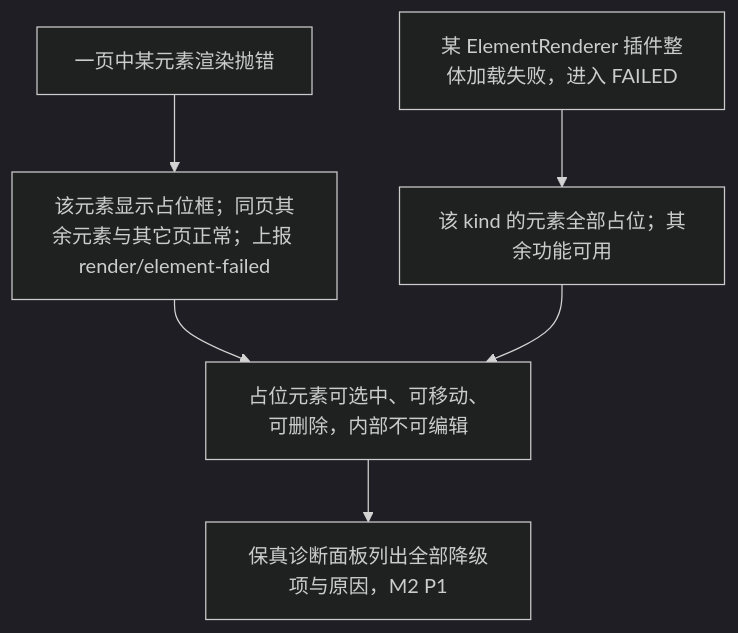
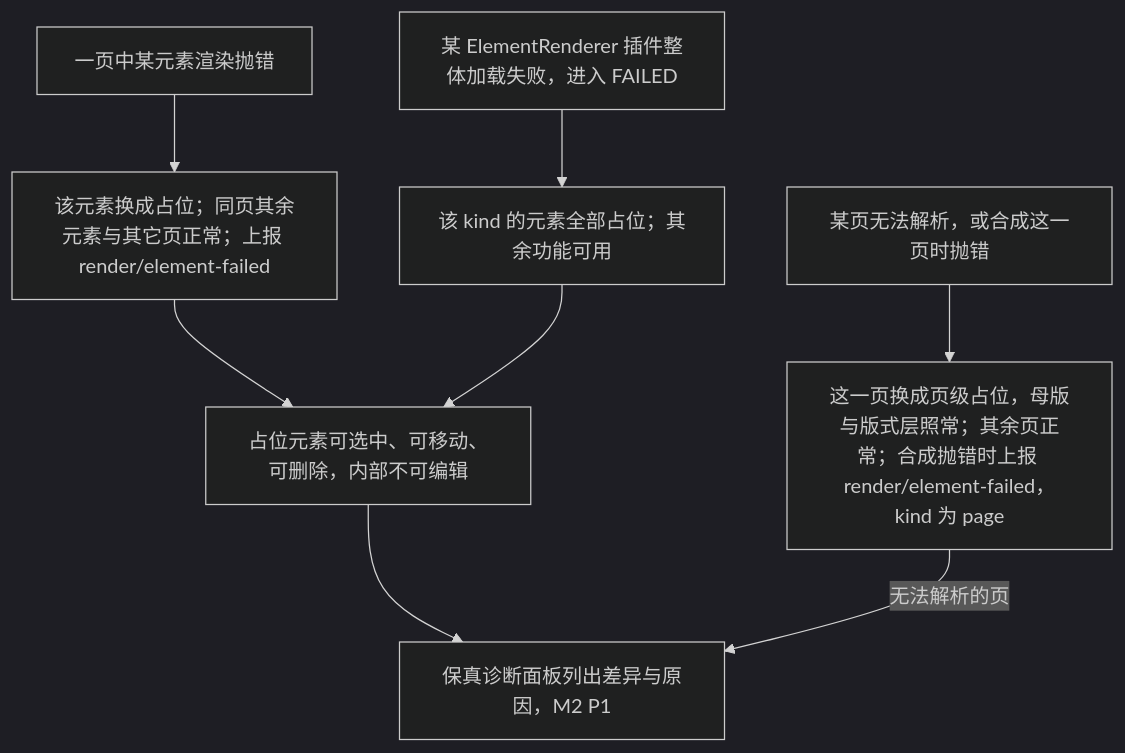
One commit to Xeonice/cordis-ppt-editor changed the ninth of 11 diagrams in docs/10-prd/03-features/01-open-and-fidelity.md. Above: the diagram before and after it, drawn with Mermaid (dark theme). The commit also changed other lines of this file and 19 other files, not shown here.

````diff
--- a/docs/10-prd/03-features/01-open-and-fidelity.md
+++ b/docs/10-prd/03-features/01-open-and-fidelity.md
@@ -508,14 +514,18 @@
 ```mermaid
 flowchart TB
   elem["一页中某元素渲染抛错"]
+  page["某页无法解析，或合成这一页时抛错"]
   plugin["某 ElementRenderer 插件整体加载失败，进入 FAILED"]
-  ph1["该元素显示占位框；同页其余元素与其它页正常；上报 render/element-failed"]
+  ph1["该元素换成占位；同页其余元素与其它页正常；上报 render/element-failed"]
+  ph3["这一页换成页级占位，母版与版式层照常；其余页正常；合成抛错时上报 render/element-failed，kind 为 page"]
   ph2["该 kind 的元素全部占位；其余功能可用"]
   sel["占位元素可选中、可移动、可删除，内部不可编辑"]
-  panel["保真诊断面板列出全部降级项与原因，M2 P1"]
+  panel["保真诊断面板列出差异与原因，M2 P1"]
   elem --> ph1
+  page --> ph3
   plugin --> ph2
   ph1 --> sel
   ph2 --> sel
   sel --> panel
+  ph3 -->|"无法解析的页"| panel
 ```
````
